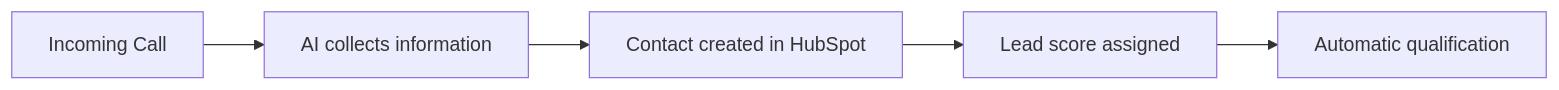
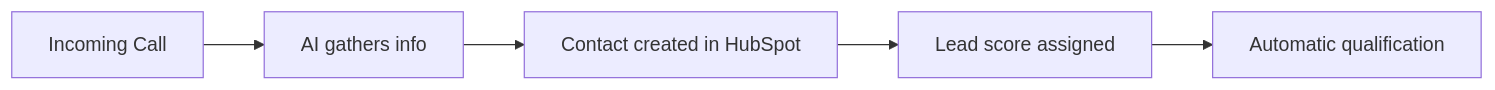
One commit to bekgroup/Famulor-docs-de changed the diagram in en/automation-platform/integrations/crm.mdx. Above: the diagram before and after it, drawn with Mermaid. The commit also changed other lines of this file and 16 other files, not shown here.

````diff
--- a/en/automation-platform/integrations/crm.mdx
+++ b/en/automation-platform/integrations/crm.mdx
@@ -28,7 +29,7 @@
 ```mermaid
 graph LR
-    A[Incoming Call] --> B[AI collects information]
+    A[Incoming Call] --> B[AI gathers info]
     B --> C[Contact created in HubSpot]
     C --> D[Lead score assigned]
     D --> E[Automatic qualification]
 ```
````
